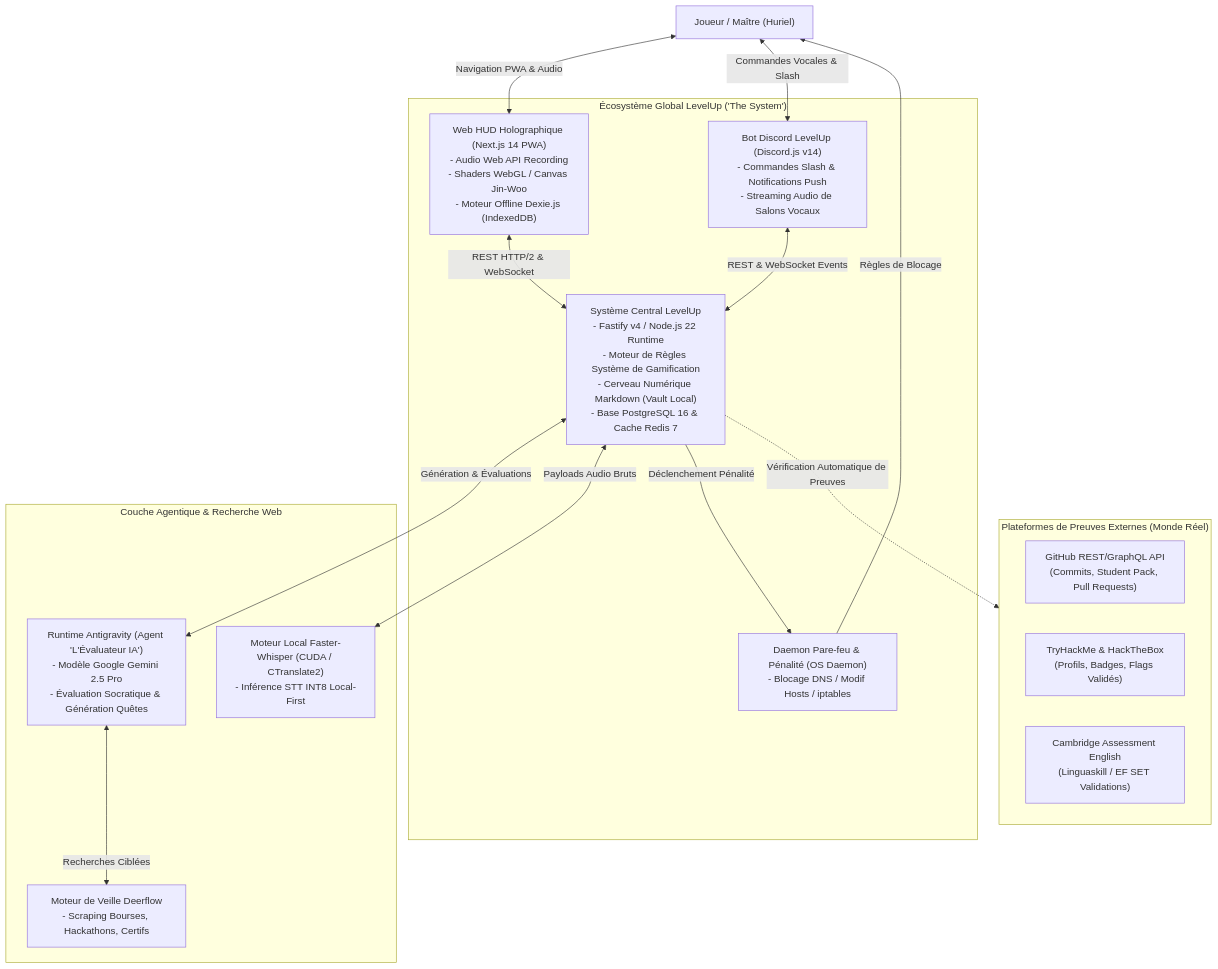
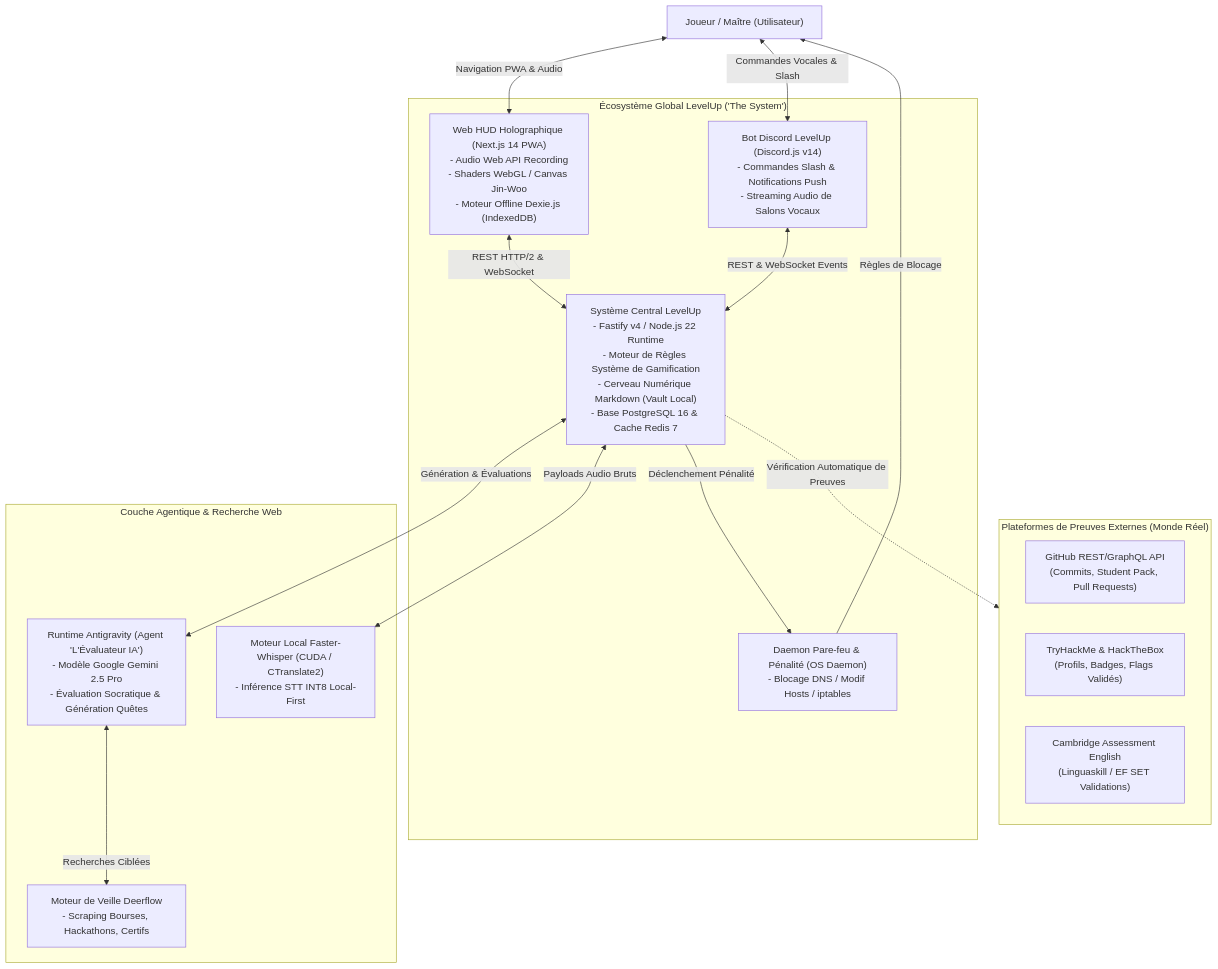
One commit to GeovanioH/LevelUp changed the first of 9 diagrams in docs/02-TRD.md. Above: the diagram before and after it, drawn with Mermaid. The commit also changed other lines of this file and 11 other files, not shown here.

````diff
--- a/docs/02-TRD.md
+++ b/docs/02-TRD.md
@@ -18,34 +18,34 @@
 ```mermaid
 flowchart TD
-    User["Joueur / Maître (Huriel)"]
+    User["Joueur / Maître (Utilisateur)"]
 
     subgraph LevelUpSystem ["Écosystème Global LevelUp ('The System')"]
         Core["Système Central LevelUp<br>- Fastify v4 / Node.js 22 Runtime<br>- Moteur de Règles Système de Gamification<br>- Cerveau Numérique Markdown (Vault Local)<br>- Base PostgreSQL 16 & Cache Redis 7"]
         WebHUD["Web HUD Holographique (Next.js 14 PWA)<br>- Audio Web API Recording<br>- Shaders WebGL / Canvas Jin-Woo<br>- Moteur Offline Dexie.js (IndexedDB)"]
         DiscordBot["Bot Discord LevelUp (Discord.js v14)<br>- Commandes Slash & Notifications Push<br>- Streaming Audio de Salons Vocaux"]
         PenaltyDaemon["Daemon Pare-feu & Pénalité (OS Daemon)<br>- Blocage DNS / Modif Hosts / iptables"]
     end
 
     subgraph ExternalIntelligence ["Couche Agentique & Recherche Web"]
         AntigravityAgent["Runtime Antigravity (Agent 'L'Évaluateur IA')<br>- Modèle Google Gemini 2.5 Pro<br>- Évaluation Socratique & Génération Quêtes"]
         DeerflowEngine["Moteur de Veille Deerflow<br>- Scraping Bourses, Hackathons, Certifs"]
         FasterWhisper["Moteur Local Faster-Whisper (CUDA / CTranslate2)<br>- Inférence STT INT8 Local-First"]
     end
 
     subgraph RealWorldPlatforms ["Plateformes de Preuves Externes (Monde Réel)"]
         GitHubAPI["GitHub REST/GraphQL API<br>(Commits, Student Pack, Pull Requests)"]
         TryHackMeAPI["TryHackMe & HackTheBox<br>(Profils, Badges, Flags Validés)"]
         CambridgeCert["Cambridge Assessment English<br>(Linguaskill / EF SET Validations)"]
     end
 
     User <-->|Navigation PWA & Audio| WebHUD
     User <-->|Commandes Vocales & Slash| DiscordBot
     WebHUD <-->|REST HTTP/2 & WebSocket| Core
     DiscordBot <-->|REST & WebSocket Events| Core
     Core <-->|Génération & Évaluations| AntigravityAgent
     Core <-->|Payloads Audio Bruts| FasterWhisper
     AntigravityAgent <-->|Recherches Ciblées| DeerflowEngine
     Core -.->|Vérification Automatique de Preuves| RealWorldPlatforms
     Core -->|Déclenchement Pénalité| PenaltyDaemon
     PenaltyDaemon -->|Règles de Blocage| User
 ```
````
